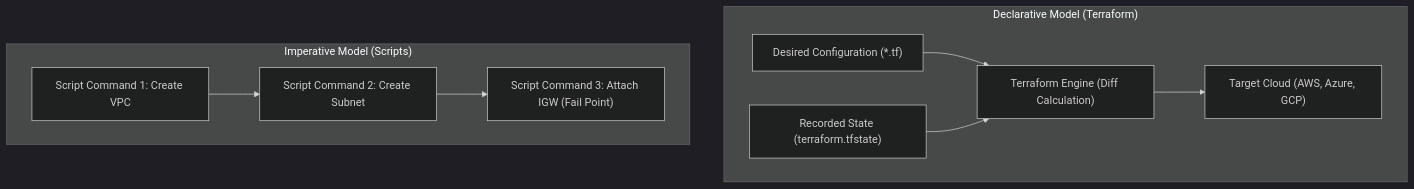
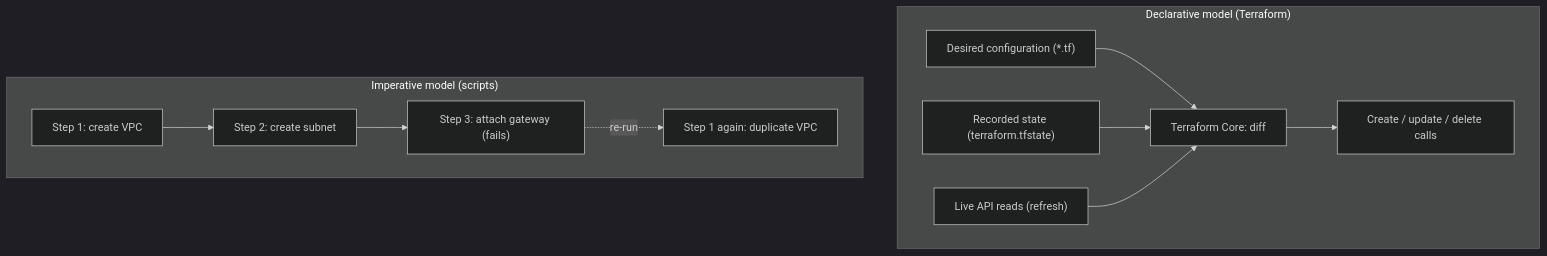
The fourth of 28 diagrams in README.md (TheLearningHubOrg/learn-terraform), drawn with Mermaid (dark theme) before and after one commit. The commit also changed other lines of this file and 31 other files, not shown here.

````diff
--- a/README.md
+++ b/README.md
@@ -57,12 +402,14 @@
 ```mermaid
 flowchart TD
-    subgraph Declarative["Declarative Model (Terraform)"]
-        A["Desired Configuration (*.tf)"] --> C["Terraform Engine (Diff Calculation)"]
-        B["Recorded State (terraform.tfstate)"] --> C
-        C --> D["Target Cloud (AWS, Azure, GCP)"]
+    subgraph Declarative["Declarative model (Terraform)"]
+        A["Desired configuration (*.tf)"] --> C["Terraform Core: diff"]
+        B["Recorded state (terraform.tfstate)"] --> C
+        Q["Live API reads (refresh)"] --> C
+        C --> D["Create / update / delete calls"]
     end
-    subgraph Imperative["Imperative Model (Scripts)"]
-        E["Script Command 1: Create VPC"] --> F["Script Command 2: Create Subnet"]
-        F --> G["Script Command 3: Attach IGW (Fail Point)"]
+    subgraph Imperative["Imperative model (scripts)"]
+        E["Step 1: create VPC"] --> F["Step 2: create subnet"]
+        F --> G["Step 3: attach gateway (fails)"]
+        G -.->|"re-run"| E2["Step 1 again: duplicate VPC"]
     end
 ```
````
